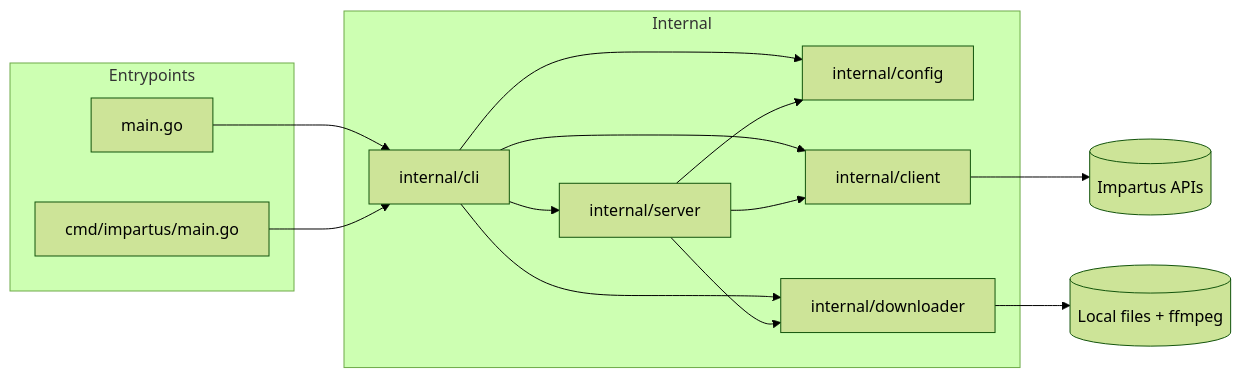
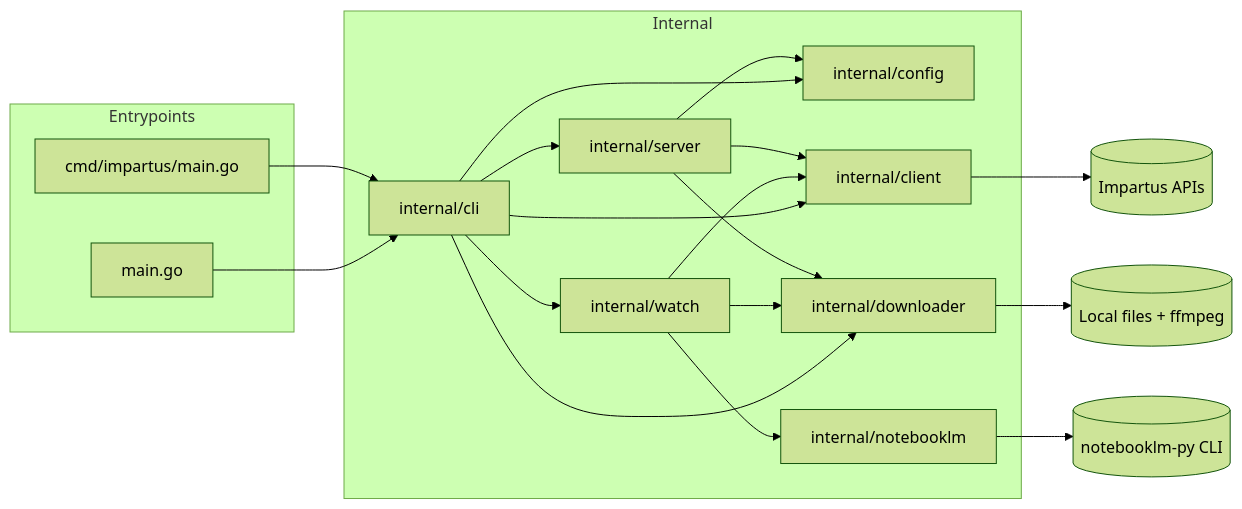
One commit to rabesss/impartus-cli changed the sixth of 6 diagrams in docs/architecture.md. Above: the diagram before and after it, drawn with Mermaid (forest theme). The commit also changed other lines of this file and 19 other files, not shown here.

First line of the commit message:
feat(cli): add watch pipeline for NotebookLM lecture audio upload

````diff
--- a/docs/architecture.md
+++ b/docs/architecture.md
@@ -124,30 +147,38 @@
 ```mermaid
 flowchart LR
   subgraph Entrypoints
     M1[main.go]
     M2[cmd/impartus/main.go]
   end
 
   subgraph Internal
     CLI[internal/cli]
     CFG[internal/config]
     CLT[internal/client]
     DL[internal/downloader]
+    WAT[internal/watch]
+    NLM[internal/notebooklm]
     SRV[internal/server]
   end
 
   IMP[(Impartus APIs)]
   FS[(Local files + ffmpeg)]
+  NLMCLI[(notebooklm-py CLI)]
 
   M1 --> CLI
   M2 --> CLI
   CLI --> CFG
   CLI --> CLT
   CLI --> DL
+  CLI --> WAT
   CLI --> SRV
+  WAT --> CLT
+  WAT --> DL
+  WAT --> NLM
+  NLM --> NLMCLI
   SRV --> CFG
   SRV --> CLT
   SRV --> DL
   CLT --> IMP
   DL --> FS
 ```
````
